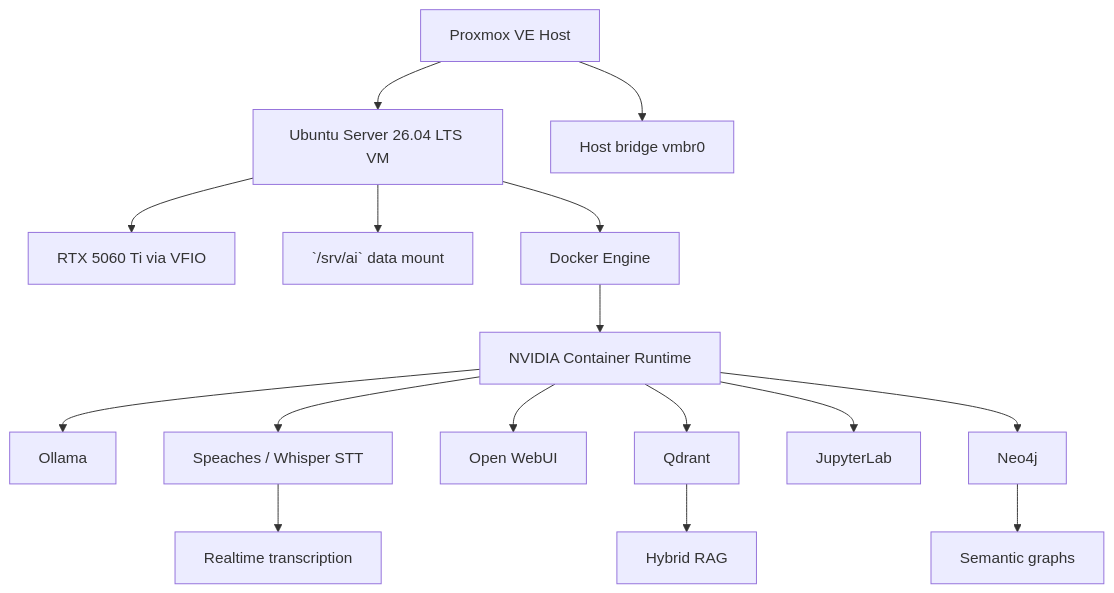
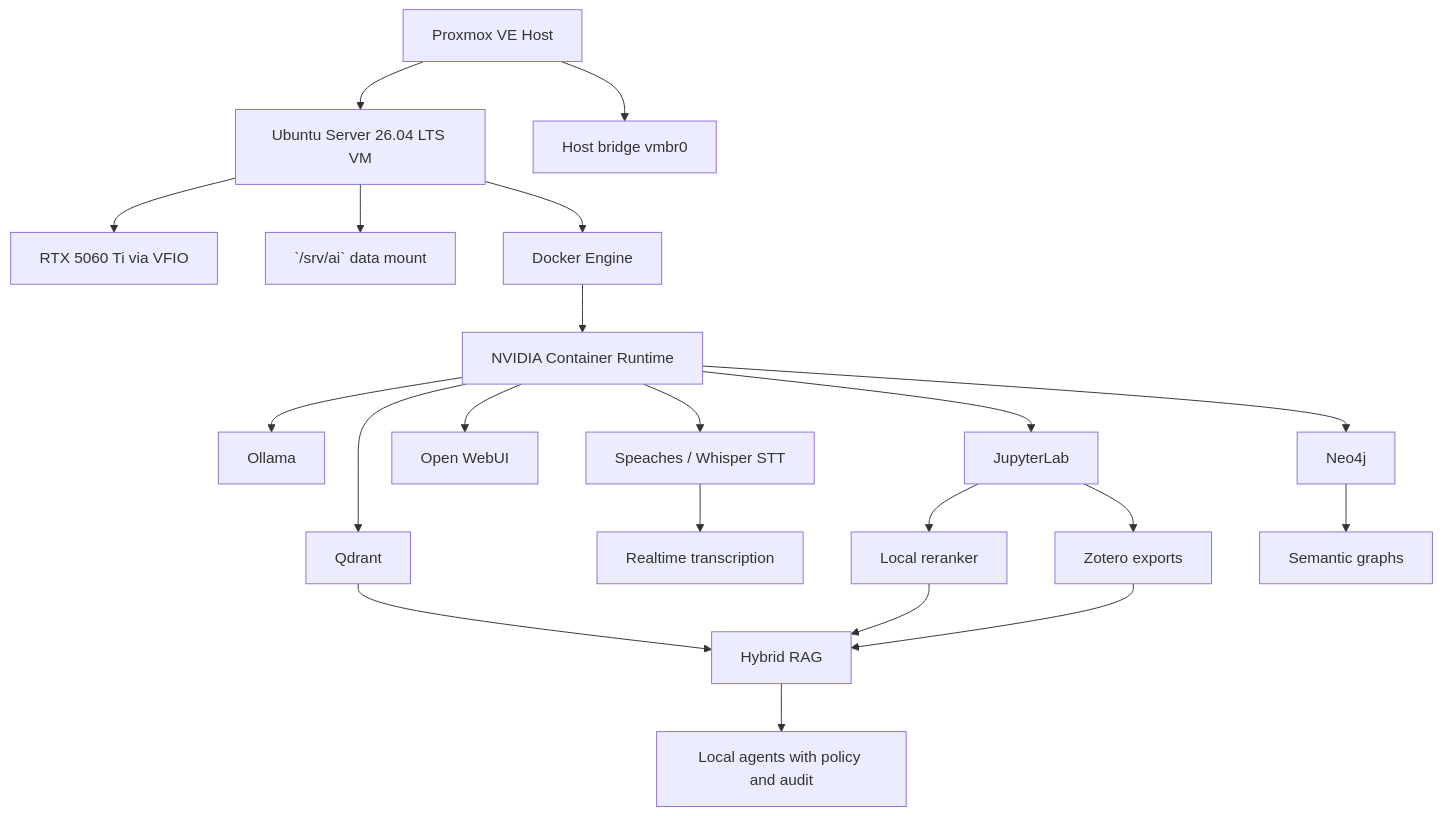
The diagram in docs/00-project-context/01-target-architecture.md (LAPAN-HUGODEPAULA/proxmox-lapan-ai-setup), drawn with Mermaid before and after one commit. The commit also changed 27 other files, not shown here.

````diff
--- a/docs/00-project-context/01-target-architecture.md
+++ b/docs/00-project-context/01-target-architecture.md
@@ -9,18 +9,23 @@
 ```mermaid
 flowchart TD
     P[Proxmox VE Host] --> V[Ubuntu Server 26.04 LTS VM]
     P --> S[Host bridge vmbr0]
     V --> G[RTX 5060 Ti via VFIO]
     V --> FS[`/srv/ai` data mount]
     V --> D[Docker Engine]
     D --> N[NVIDIA Container Runtime]
     N --> O[Ollama]
     N --> STT[Speaches / Whisper STT]
     N --> W[Open WebUI]
     N --> Q[Qdrant]
     N --> J[JupyterLab]
     N --> Neo[Neo4j]
     STT --> TR[Realtime transcription]
+    J --> Z[Zotero exports]
+    J --> RR[Local reranker]
     Q --> R[Hybrid RAG]
+    RR --> R
+    Z --> R
     Neo --> SG[Semantic graphs]
+    R --> A[Local agents with policy and audit]
 ```
````
